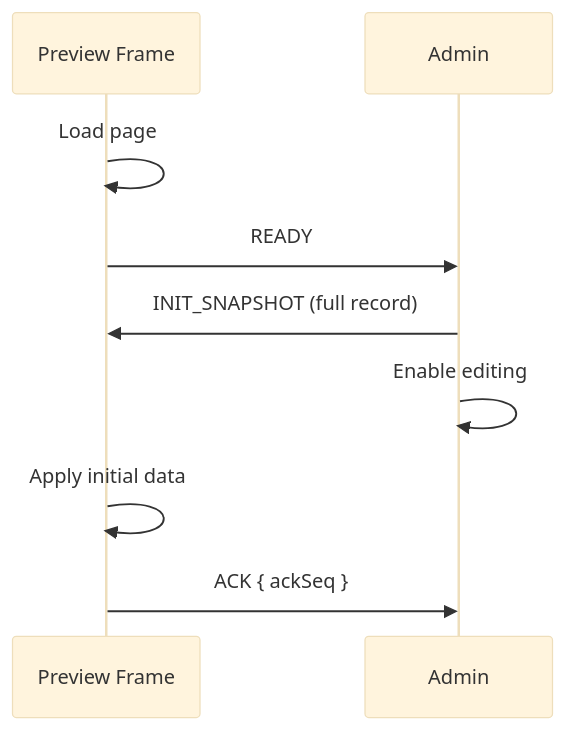
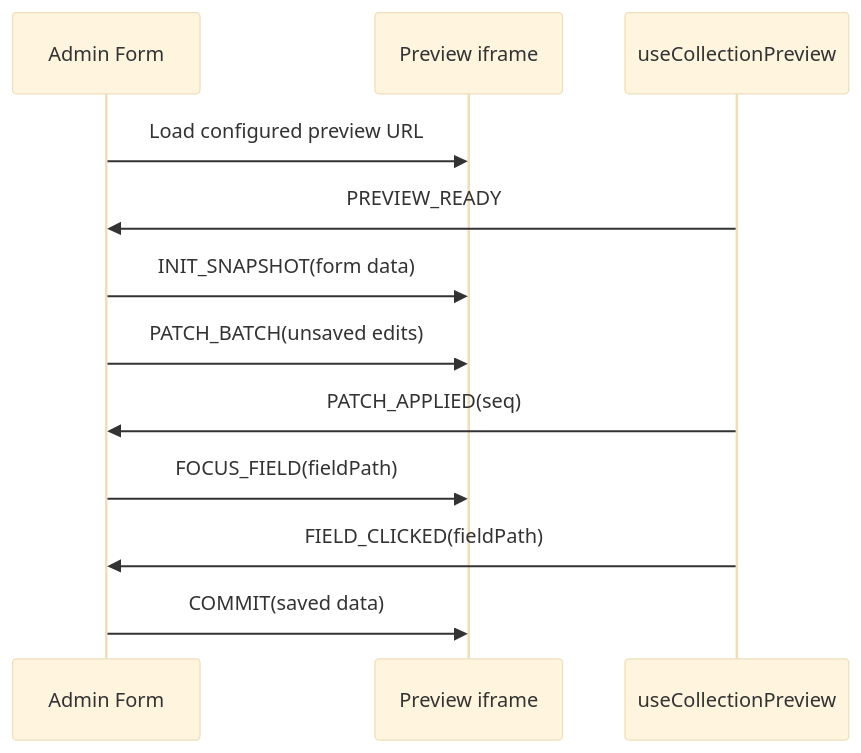
Before and after one commit to questpie/questpie: the diagram in apps/docs/content/docs/workspace/live-preview/same-tab-recipe.mdx, drawn with Mermaid (base theme). The commit also changed other lines of this file and 177 other files, not shown here.

First line of the commit message:
Add preview visual editing (#57)

````diff
--- a/apps/docs/content/docs/workspace/live-preview/same-tab-recipe.mdx
+++ b/apps/docs/content/docs/workspace/live-preview/same-tab-recipe.mdx
@@ -63,12 +55,15 @@
 ```mermaid
 sequenceDiagram
-  participant Frame as Preview Frame
-  participant Admin as Admin
+  participant Admin as Admin Form
+  participant Frame as Preview iframe
+  participant Hook as useCollectionPreview
 
-  Frame->>Frame: Load page
-  Frame->>Admin: READY
-  Admin->>Frame: INIT_SNAPSHOT (full record)
-  Admin->>Admin: Enable editing
-  Frame->>Frame: Apply initial data
-  Frame->>Admin: ACK { ackSeq }
+  Admin->>Frame: Load configured preview URL
+  Hook->>Admin: PREVIEW_READY
+  Admin->>Frame: INIT_SNAPSHOT(form data)
+  Admin->>Frame: PATCH_BATCH(unsaved edits)
+  Hook->>Admin: PATCH_APPLIED(seq)
+  Admin->>Frame: FOCUS_FIELD(fieldPath)
+  Hook->>Admin: FIELD_CLICKED(fieldPath)
+  Admin->>Frame: COMMIT(saved data)
 ```
````
